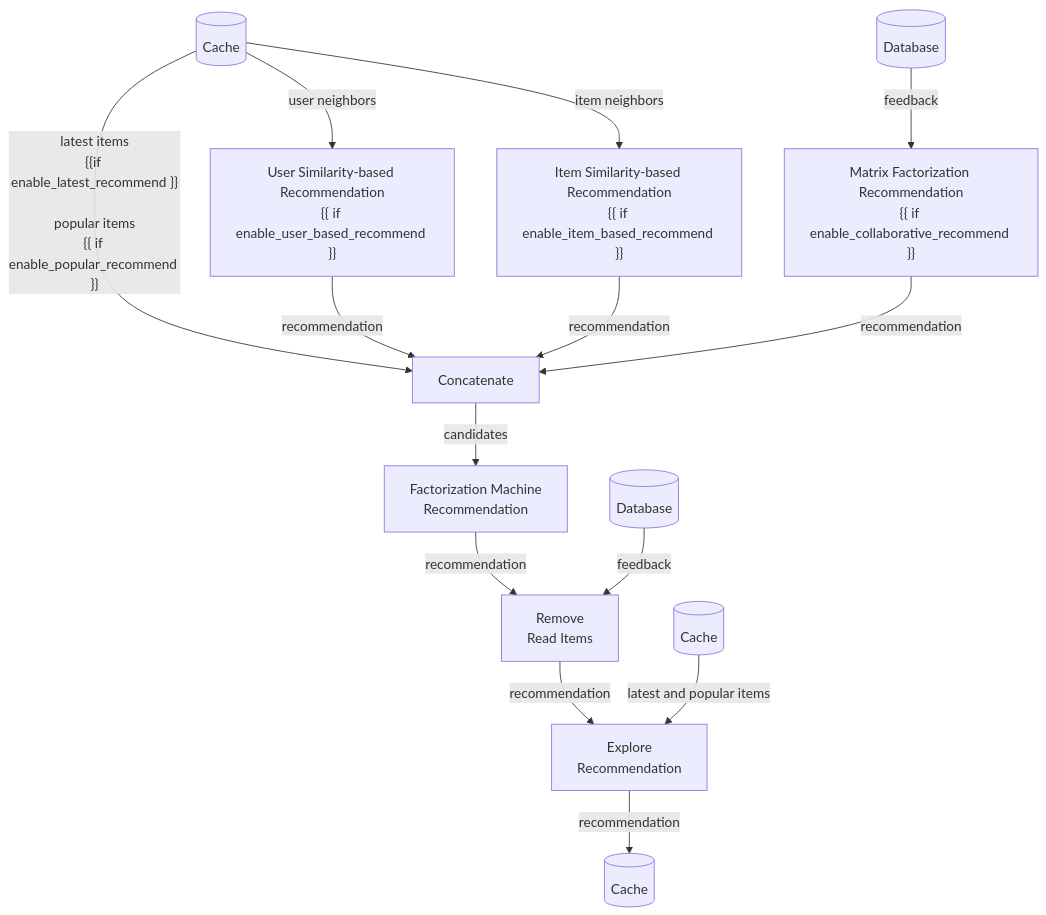
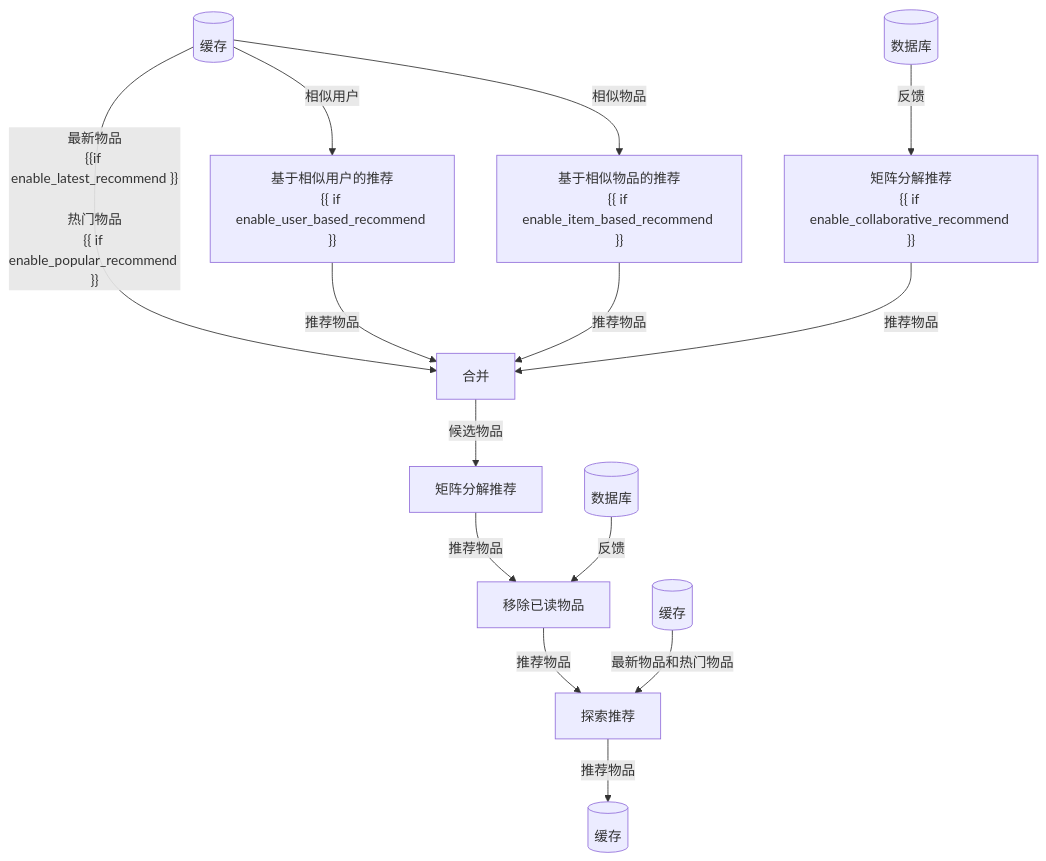
Before and after one commit to gorse-io/docs: the third of 5 diagrams in src/zh/docs/concepts/how-it-works.md, drawn with Mermaid. The commit also changed other lines of this file, not shown here.

````diff
--- a/src/zh/docs/concepts/how-it-works.md
+++ b/src/zh/docs/concepts/how-it-works.md
@@ -140,16 +140,16 @@
 ```mermaid
 flowchart TD
-    cache[(Cache)]--"latest items\n{{if enable_latest_recommend }}\n\npopular items\n{{ if enable_popular_recommend }}"-->concat
-    cache--user neighbors-->user_based["User Similarity-based Recommendation\n{{ if enable_user_based_recommend }}"]
-    cache--item neighbors-->item_based["Item Similarity-based Recommendation\n{{ if enable_item_based_recommend }}"]
-    user_based--recommendation-->concat
-    item_based--recommendation-->concat
-    database[(Database)]--feedback-->mf["Matrix Factorization Recommendation\n{{ if enable_collaborative_recommend }}"]
-    mf--recommendation-->concat[Concatenate]
-    concat--candidates-->fm[Factorization Machine\nRecommendation]
-    fm--recommendation-->remove[Remove\nRead Items]
-    database2[(Database)]--feedback-->remove
-    remove--recommendation-->explore[Explore\nRecommendation]
-    cache2[(Cache)]--latest and popular items-->explore
-    explore--recommendation-->cache3[(Cache)]
+    cache[(缓存)]--"最新物品\n{{if enable_latest_recommend }}\n\n热门物品\n{{ if enable_popular_recommend }}"-->concat
+    cache--相似用户-->user_based["基于相似用户的推荐\n{{ if enable_user_based_recommend }}"]
+    cache--相似物品-->item_based["基于相似物品的推荐\n{{ if enable_item_based_recommend }}"]
+    user_based--推荐物品-->concat
+    item_based--推荐物品-->concat
+    database[(数据库)]--反馈-->mf["矩阵分解推荐\n{{ if enable_collaborative_recommend }}"]
+    mf--推荐物品-->concat[合并]
+    concat--候选物品-->fm[矩阵分解推荐]
+    fm--推荐物品-->remove[移除已读物品]
+    database2[(数据库)]--反馈-->remove
+    remove--推荐物品-->explore[探索推荐]
+    cache2[(缓存)]--最新物品和热门物品-->explore
+    explore--推荐物品-->cache3[(缓存)]
 ```
````
